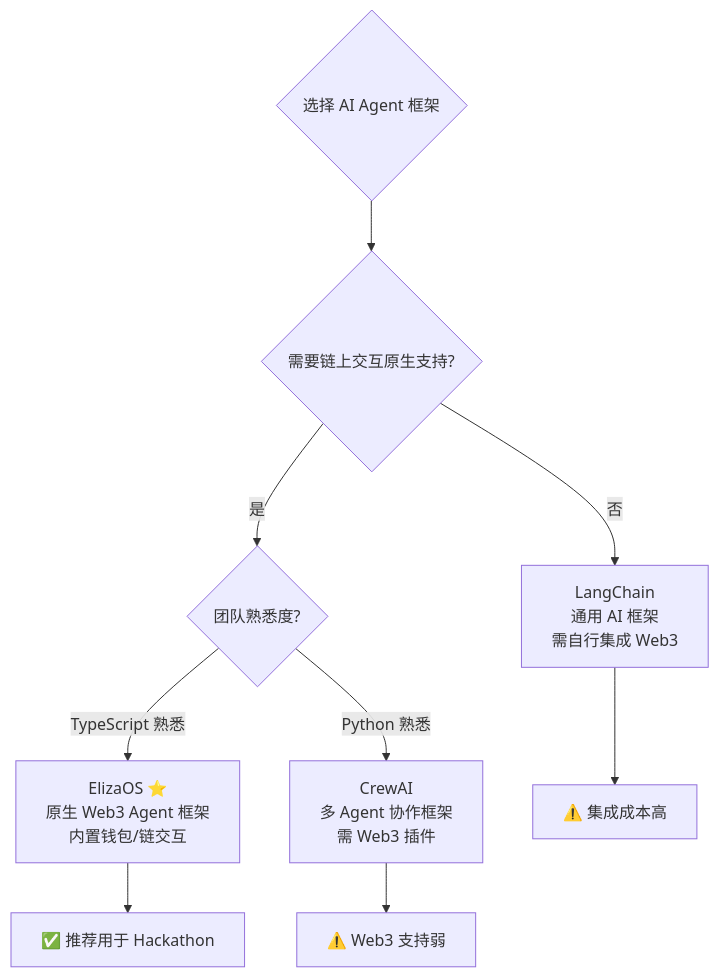
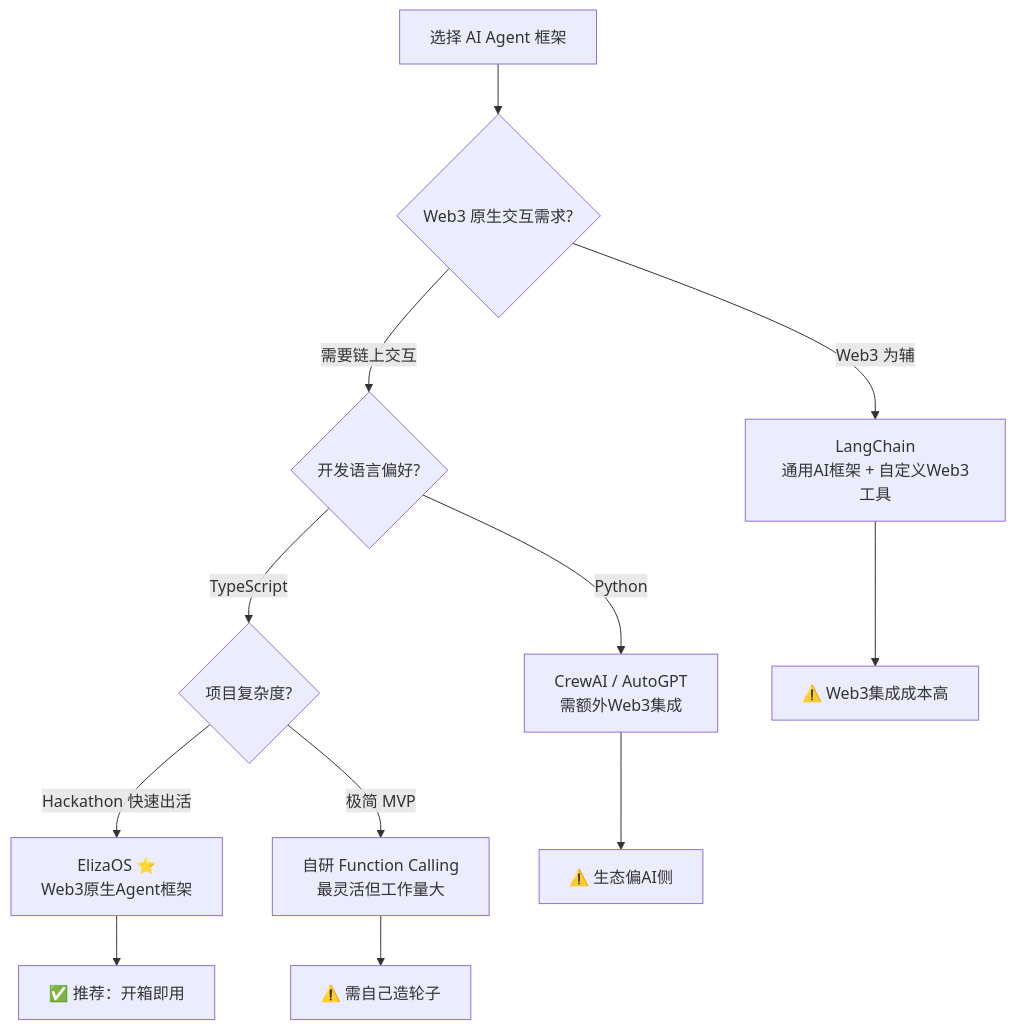
The second of 8 diagrams in daily/2026-05-31-tech-stack-decision.md (Silence-dream/ai-web3-school-cohort-0), drawn with Mermaid before and after one commit. The commit also changed other lines of this file, not shown here.

````diff
--- a/daily/2026-05-31-tech-stack-decision.md
+++ b/daily/2026-05-31-tech-stack-decision.md
@@ -43,14 +52,18 @@
 ```mermaid
 flowchart TD
-    Start{选择 AI Agent 框架} --> Q1{需要链上交互原生支持?}
+    Start["选择 AI Agent 框架"] --> Q1{"Web3 原生交互需求?"}
 
-    Q1 -->|是| Q2{团队熟悉度?}
-    Q1 -->|否| LangChain["LangChain<br/>通用 AI 框架<br/>需自行集成 Web3"]
+    Q1 -->|"需要链上交互"| Q2{"开发语言偏好?"}
+    Q1 -->|"Web3 为辅"| LangChain["LangChain<br/>通用AI框架 + 自定义Web3工具"]
 
-    Q2 -->|TypeScript 熟悉| ElizaOS["ElizaOS ⭐<br/>原生 Web3 Agent 框架<br/>内置钱包/链交互"]
-    Q2 -->|Python 熟悉| CrewAI["CrewAI<br/>多 Agent 协作框架<br/>需 Web3 插件"]
+    Q2 -->|"TypeScript"| Q3{"项目复杂度?"}
+    Q2 -->|"Python"| CrewAI["CrewAI / AutoGPT<br/>需额外Web3集成"]
 
-    ElizaOS --> R1["✅ 推荐用于 Hackathon"]
-    LangChain --> R2["⚠️ 集成成本高"]
-    CrewAI --> R3["⚠️ Web3 支持弱"]
+    Q3 -->|"Hackathon 快速出活"| ElizaOS["ElizaOS ⭐<br/>Web3原生Agent框架"]
+    Q3 -->|"极简 MVP"| Custom["自研 Function Calling<br/>最灵活但工作量大"]
+
+    ElizaOS --> R1["✅ 推荐：开箱即用"]
+    LangChain --> R2["⚠️ Web3集成成本高"]
+    CrewAI --> R3["⚠️ 生态偏AI侧"]
+    Custom --> R4["⚠️ 需自己造轮子"]
 ```
````
